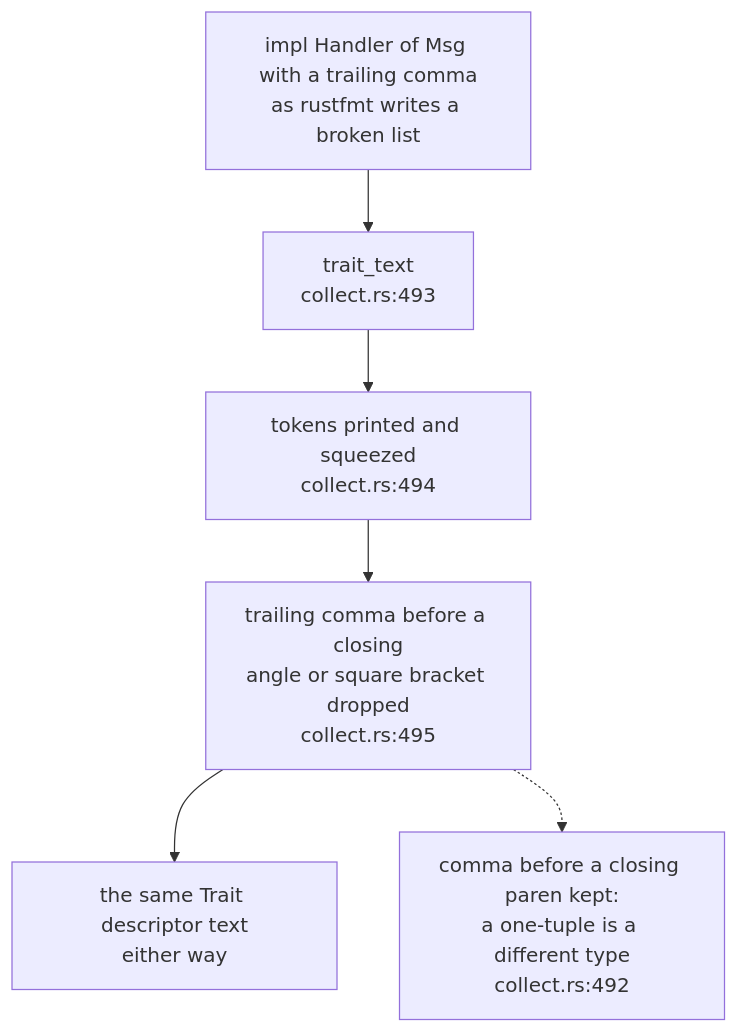
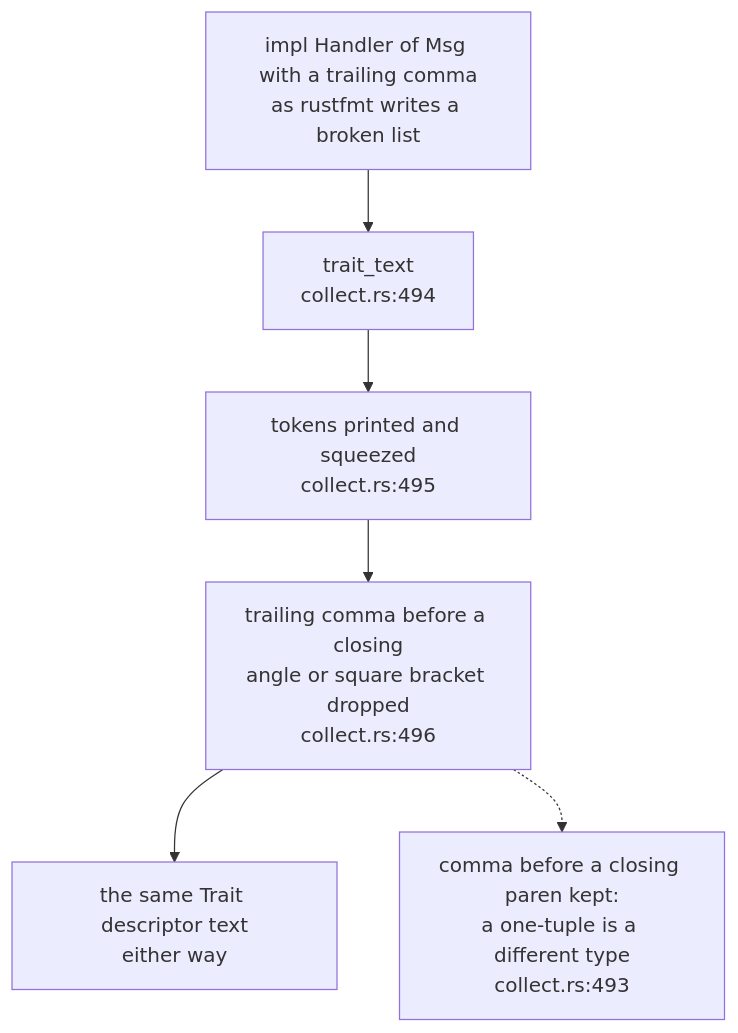
The fourth of 5 diagrams in docs/diagrams/extract/02-minting-ids-for-definitions.md (DreamLab-AI/codemaid), drawn with Mermaid before and after one commit. The commit also changed other lines of this file and 21 other files, not shown here.

````diff
--- a/docs/diagrams/extract/02-minting-ids-for-definitions.md
+++ b/docs/diagrams/extract/02-minting-ids-for-definitions.md
@@ -160,11 +166,11 @@
 ```mermaid
 flowchart TB
     W["impl Handler of Msg with a trailing comma<br/>as rustfmt writes a broken list"]
-    TT["trait_text<br/>collect.rs:493"]
-    TK["tokens printed and squeezed<br/>collect.rs:494"]
-    TC["trailing comma before a closing<br/>angle or square bracket dropped<br/>collect.rs:495"]
-    KEEP["comma before a closing paren kept:<br/>a one-tuple is a different type<br/>collect.rs:492"]
+    TT["trait_text<br/>collect.rs:494"]
+    TK["tokens printed and squeezed<br/>collect.rs:495"]
+    TC["trailing comma before a closing<br/>angle or square bracket dropped<br/>collect.rs:496"]
+    KEEP["comma before a closing paren kept:<br/>a one-tuple is a different type<br/>collect.rs:493"]
     ID["the same Trait descriptor text<br/>either way"]
     W --> TT --> TK --> TC --> ID
     TC -.-> KEEP
 ```
````
